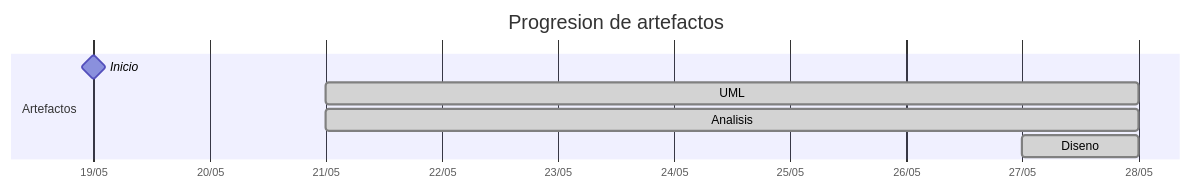
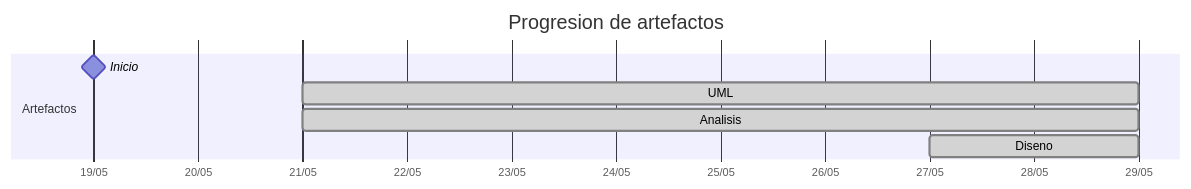
Before and after one commit to carlos-alvarado-25/25-26-idsw2-sdVC: the diagram in TIMELINES/martinlopez7.md, drawn with Mermaid. The commit also changed other lines of this file and 1 other file, not shown here.

Commit message:
feat(timeline): tabla de trazabilidad por caso de uso

````diff
--- a/TIMELINES/martinlopez7.md
+++ b/TIMELINES/martinlopez7.md
@@ -18,11 +18,11 @@
 ```mermaid
 gantt
     title Progresion de artefactos
     dateFormat YYYY-MM-DD
     axisFormat %d/%m
     section Artefactos
         Inicio       :milestone, 2026-05-19, 0d
-        UML          :done, 2026-05-21, 2026-05-28
-        Analisis     :done, 2026-05-21, 2026-05-28
-        Diseno       :done, 2026-05-27, 2026-05-28
+        UML          :done, 2026-05-21, 2026-05-29
+        Analisis     :done, 2026-05-21, 2026-05-29
+        Diseno       :done, 2026-05-27, 2026-05-29
 ```
````
